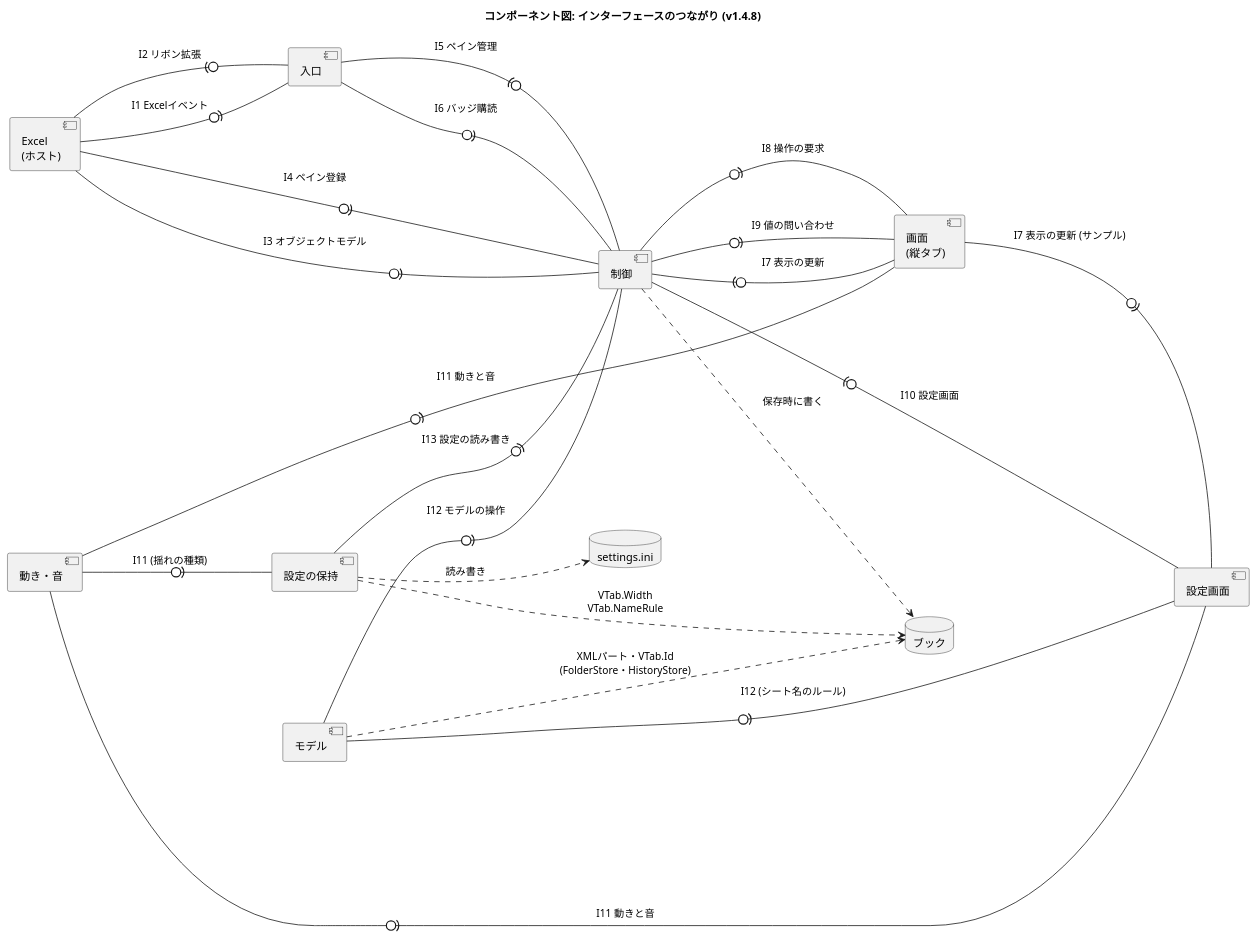
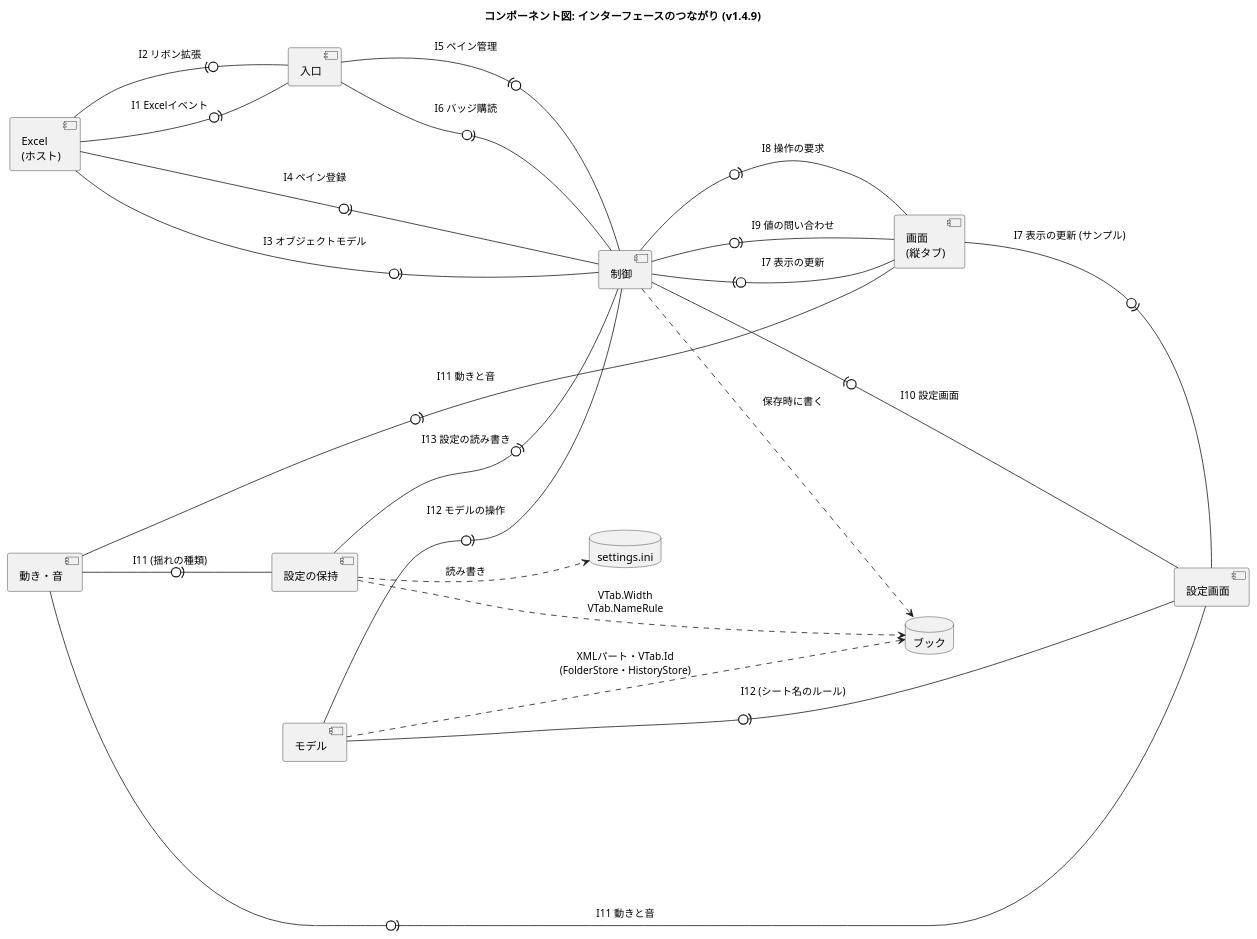
Before and after one commit to nk-taka623/VerticalSheetTabs: the diagram in docs/component-interface.puml, drawn with PlantUML. The commit also changed 14 other files, not shown here.

Commit message:
v1.4.9 にする (バージョン、README の変更点、設計図の版数)

```diff
--- a/docs/component-interface.puml
+++ b/docs/component-interface.puml
@@ -1,43 +1,43 @@
 @startuml
-title コンポーネント図: インターフェースのつながり (v1.4.8)
+title コンポーネント図: インターフェースのつながり (v1.4.9)
 left to right direction
 skinparam componentStyle uml2
 skinparam shadowing false
 skinparam nodesep 50
 skinparam ranksep 110
 
 component "Excel\n(ホスト)" as HOST
 component "入口" as ENTRY
 component "制御" as CTRL
 component "画面\n(縦タブ)" as VIEW
 component "設定画面" as SETTINGS
 component "動き・音" as FX
 component "モデル" as MODEL
 component "設定の保持" as CONFIG
 database "ブック" as BOOK
 database "settings.ini" as INI
 
 ' 「提供側 -0)- 利用側」: 丸が提供するインターフェース、受け口が利用 (I1 から I13 は、DEVELOPMENT.md の表)
 HOST -0)- ENTRY : I1 Excelイベント
 ENTRY -0)- HOST : I2 リボン拡張
 HOST -0)- CTRL : I3 オブジェクトモデル
 HOST -0)- CTRL : I4 ペイン登録
 CTRL -0)- ENTRY : I5 ペイン管理
 ENTRY -0)- CTRL : I6 バッジ購読
 VIEW -0)- CTRL : I7 表示の更新
 CTRL -0)- VIEW : I8 操作の要求
 CTRL -0)- VIEW : I9 値の問い合わせ
 SETTINGS -0)- CTRL : I10 設定画面
 VIEW -0)- SETTINGS : I7 表示の更新 (サンプル)
 FX -0)- VIEW : I11 動きと音
 FX -0)- SETTINGS : I11 動きと音
 FX -0)- CONFIG : I11 (揺れの種類)
 MODEL -0)- CTRL : I12 モデルの操作
 MODEL -0)- SETTINGS : I12 (シート名のルール)
 CONFIG -0)- CTRL : I13 設定の読み書き
 
 CTRL ..> BOOK : 保存時に書く
 MODEL ..> BOOK : XMLパート・VTab.Id\n(FolderStore・HistoryStore)
 CONFIG ..> BOOK : VTab.Width\nVTab.NameRule
 CONFIG ..> INI : 読み書き
 @enduml
```
